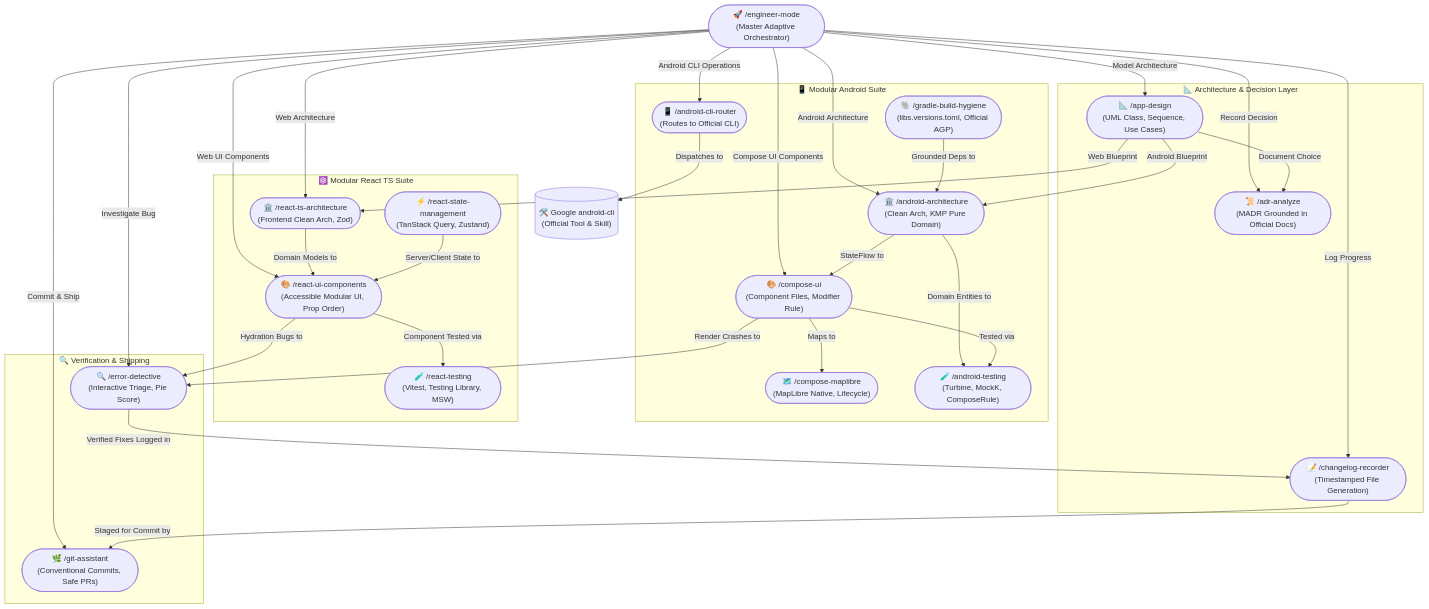
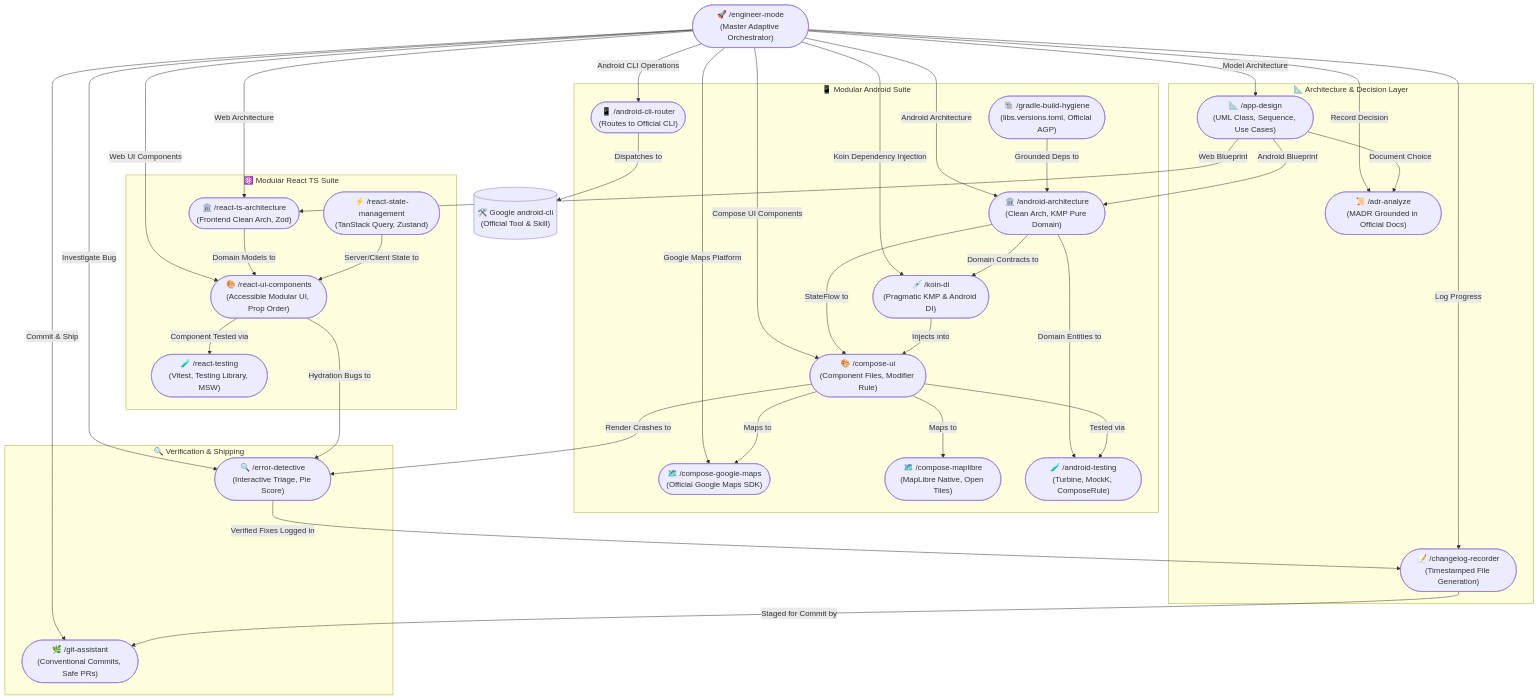
The diagram in README.md (RidhwanAF/AI-Agent-Skills), drawn with Mermaid before and after one commit. The commit also changed other lines of this file and 12 other files, not shown here.

Commit message:
feat(android): add koin-di and compose-google-maps modular skills grounded in official documentation

````diff
--- a/README.md
+++ b/README.md
@@ -54,66 +54,73 @@
 ```mermaid
 flowchart TD
     EM(["🚀 /engineer-mode<br/>(Master Adaptive Orchestrator)"])
 
     subgraph ArchitectureLayer ["📐 Architecture & Decision Layer"]
         AD(["📐 /app-design<br/>(UML Class, Sequence, Use Cases)"])
         ADR(["📜 /adr-analyze<br/>(MADR Grounded in Official Docs)"])
         CR(["📝 /changelog-recorder<br/>(Timestamped File Generation)"])
     end
 
     subgraph AndroidSuite ["📱 Modular Android Suite"]
         AA(["🏛️ /android-architecture<br/>(Clean Arch, KMP Pure Domain)"])
         CUI(["🎨 /compose-ui<br/>(Component Files, Modifier Rule)"])
-        ML(["🗺️ /compose-maplibre<br/>(MapLibre Native, Lifecycle)"])
+        CGM(["🗺️ /compose-google-maps<br/>(Official Google Maps SDK)"])
+        ML(["🗺️ /compose-maplibre<br/>(MapLibre Native, Open Tiles)"])
+        KDI(["💉 /koin-di<br/>(Pragmatic KMP & Android DI)"])
         AT(["🧪 /android-testing<br/>(Turbine, MockK, ComposeRule)"])
         GBH(["🐘 /gradle-build-hygiene<br/>(libs.versions.toml, Official AGP)"])
         ACR(["📱 /android-cli-router<br/>(Routes to Official CLI)"])
     end
 
     subgraph ReactSuite ["⚛️ Modular React TS Suite"]
         RTA(["🏛️ /react-ts-architecture<br/>(Frontend Clean Arch, Zod)"])
         RUI(["🎨 /react-ui-components<br/>(Accessible Modular UI, Prop Order)"])
         RSM(["⚡ /react-state-management<br/>(TanStack Query, Zustand)"])
         RT(["🧪 /react-testing<br/>(Vitest, Testing Library, MSW)"])
     end
 
     subgraph QualityAndShipping ["🔍 Verification & Shipping"]
         ED(["🔍 /error-detective<br/>(Interactive Triage, Pie Score)"])
         GA(["🌿 /git-assistant<br/>(Conventional Commits, Safe PRs)"])
     end
 
     GoogleCLI[("🛠️ Google android-cli<br/>(Official Tool & Skill)")]
 
     %% Orchestrator connections
     EM -->|Model Architecture| AD
     EM -->|Record Decision| ADR
     EM -->|Log Progress| CR
     EM -->|Android Architecture| AA
     EM -->|Compose UI Components| CUI
     EM -->|Android CLI Operations| ACR
+    EM -->|Google Maps Platform| CGM
+    EM -->|Koin Dependency Injection| KDI
     EM -->|Web Architecture| RTA
     EM -->|Web UI Components| RUI
     EM -->|Investigate Bug| ED
     EM -->|Commit & Ship| GA
 
     %% Cross-skill handoffs
     AD -->|Document Choice| ADR
     AD -->|Android Blueprint| AA
     AD -->|Web Blueprint| RTA
 
     AA -->|StateFlow to| CUI
     AA -->|Domain Entities to| AT
     CUI -->|Tested via| AT
+    CUI -->|Maps to| CGM
     CUI -->|Maps to| ML
+    AA -->|Domain Contracts to| KDI
+    KDI -->|Injects into| CUI
     GBH -->|Grounded Deps to| AA
     ACR -->|Dispatches to| GoogleCLI
 
     RTA -->|Domain Models to| RUI
     RSM -->|Server/Client State to| RUI
     RUI -->|Component Tested via| RT
 
     CUI -->|Render Crashes to| ED
     RUI -->|Hydration Bugs to| ED
     ED -->|Verified Fixes Logged in| CR
     CR -->|Staged for Commit by| GA
 ```
````
